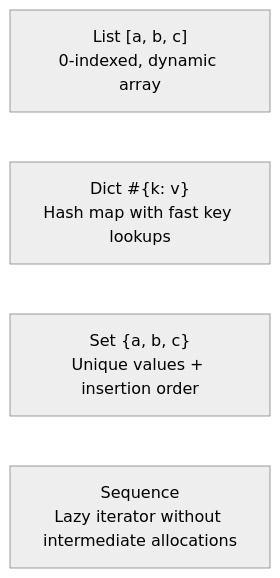
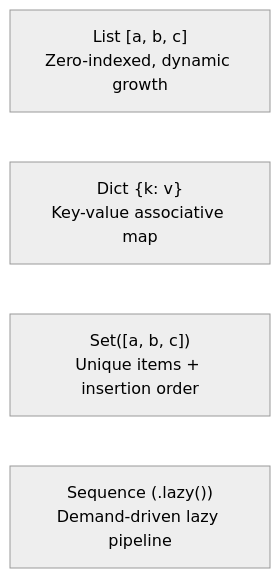
The diagram in docs/en/manual/stdlib.md (poppy-team/aipo-lang), drawn with Mermaid (neutral theme) before and after one commit. The commit also changed other lines of this file and 51 other files, not shown here.

````diff
--- a/docs/en/manual/stdlib.md
+++ b/docs/en/manual/stdlib.md
@@ -173,7 +174,7 @@
 ```mermaid
 graph LR
-    List["List [a, b, c]<br>0-indexed, dynamic array"]
-    Dict["Dict #{k: v}<br>Hash map with fast key lookups"]
-    Set["Set {a, b, c}<br>Unique values + insertion order"]
-    Sequence["Sequence<br>Lazy iterator without intermediate allocations"]
+    List["List [a, b, c]<br>Zero-indexed, dynamic growth"]
+    Dict["Dict {k: v}<br>Key-value associative map"]
+    Set["Set([a, b, c])<br>Unique items + insertion order"]
+    Sequence["Sequence (.lazy())<br>Demand-driven lazy pipeline"]
 ```
````
